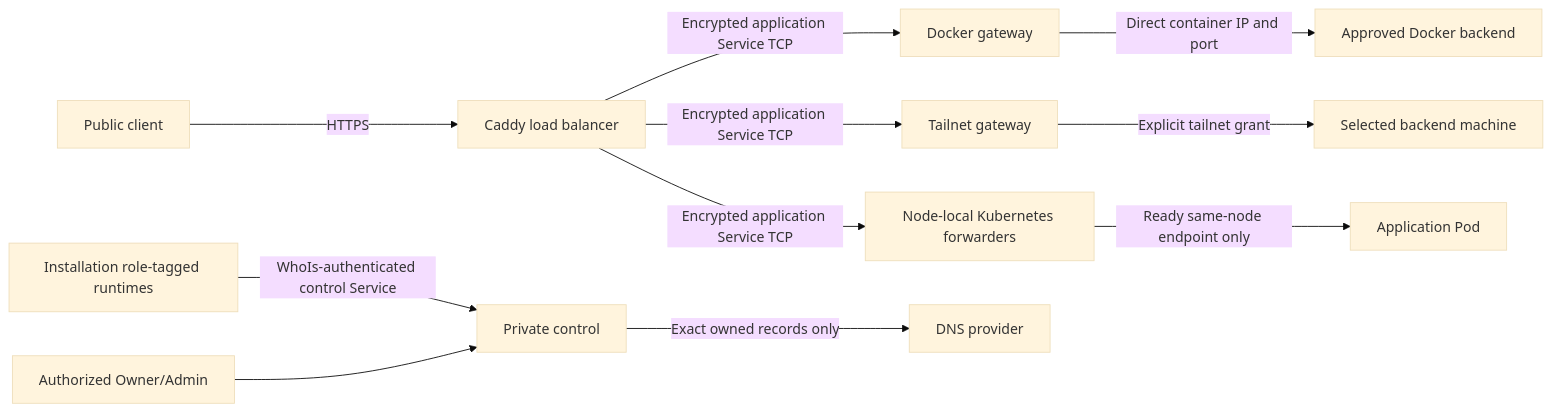
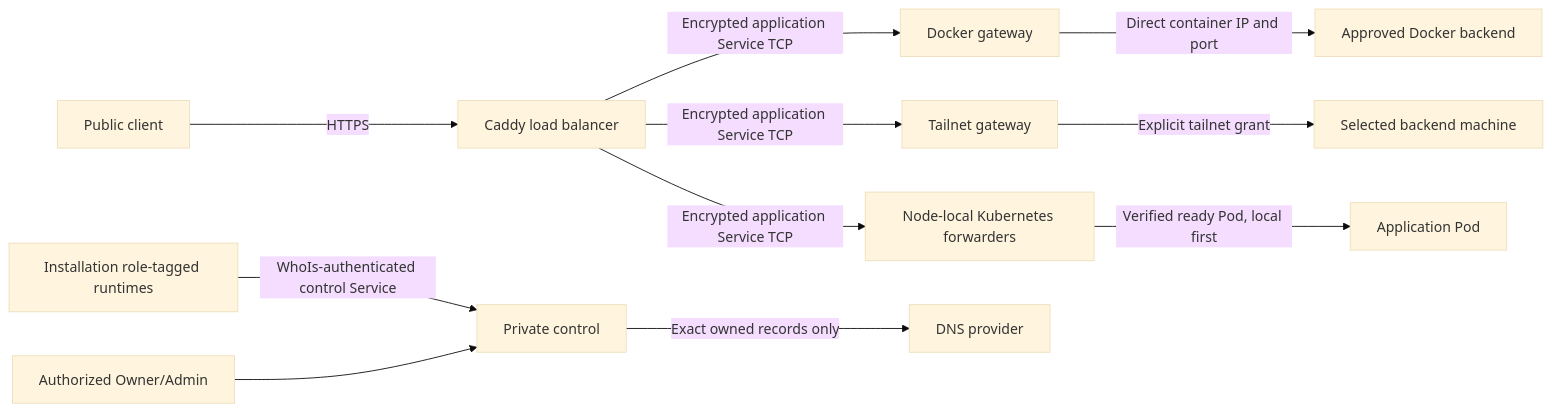
The diagram in README.md (tailscale-x/tailscale-private-funnel), drawn with Mermaid (base theme) before and after one commit. The commit also changed other lines of this file and 117 other files, not shown here.

````diff
--- a/README.md
+++ b/README.md
@@ -54,13 +64,13 @@
 ```mermaid
 flowchart LR
   Browser[Public client] -->|HTTPS| LB[Caddy load balancer]
   LB -->|Encrypted application Service TCP| Docker[Docker gateway]
   LB -->|Encrypted application Service TCP| Tailnet[Tailnet gateway]
   LB -->|Encrypted application Service TCP| K8s[Node-local Kubernetes forwarders]
   Docker -->|Direct container IP and port| Container[Approved Docker backend]
   Tailnet -->|Explicit tailnet grant| Machine[Selected backend machine]
-  K8s -->|Ready same-node endpoint only| Pod[Application Pod]
+  K8s -->|Verified ready Pod, local first| Pod[Application Pod]
   Runtime[Installation role-tagged runtimes] -->|WhoIs-authenticated control Service| Control[Private control]
   Humans[Authorized Owner/Admin] --> Control
   Control -->|Exact owned records only| DNS[DNS provider]
 ```
````
